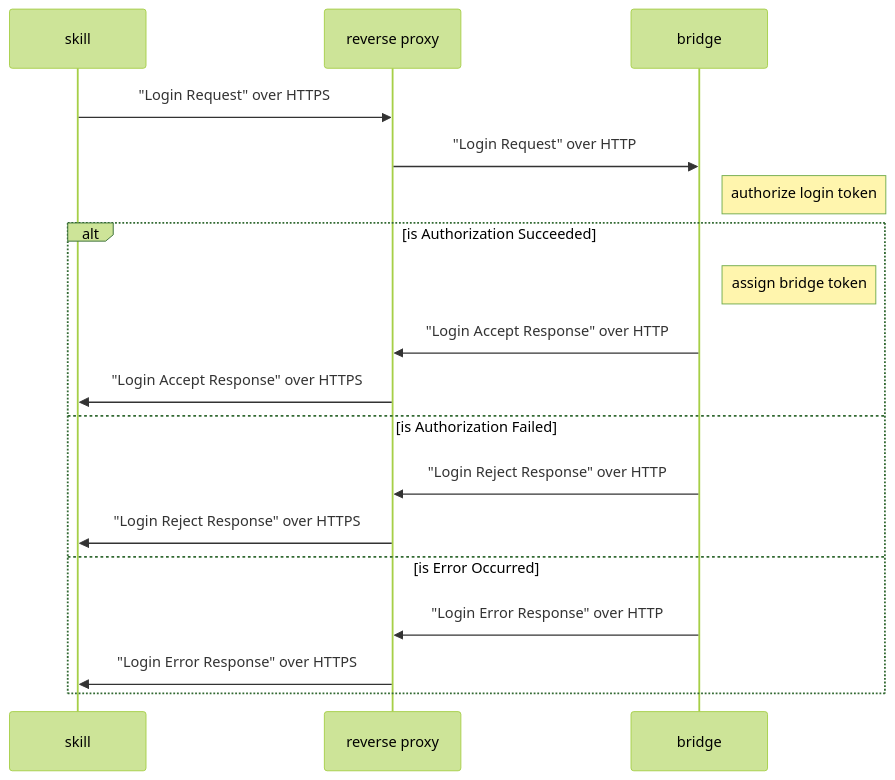
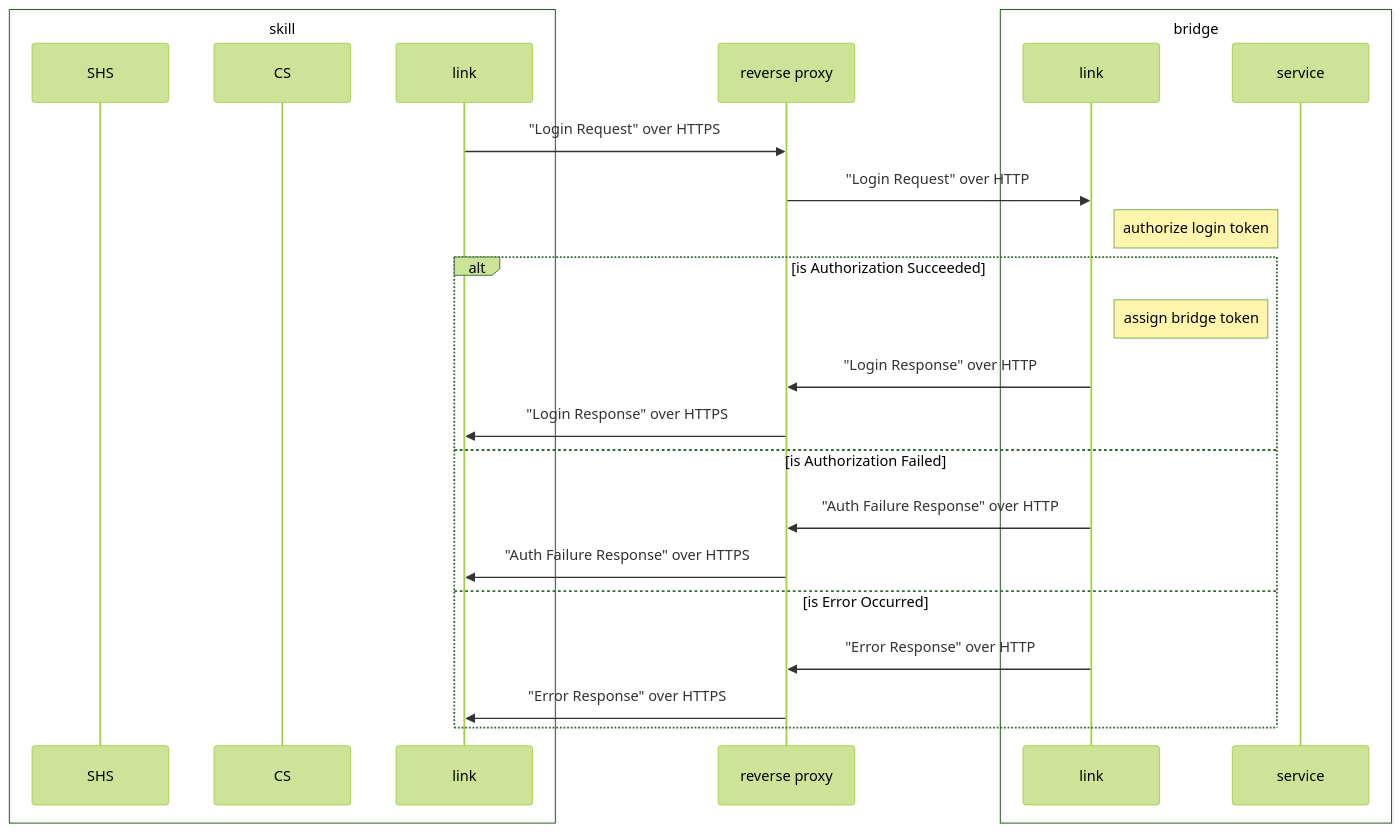
One commit to pebender/alexa-for-lg-webos-tv changed the first of 3 diagrams in docs.in/pages/design/skill-to-bridge-interface.md. Above: the diagram before and after it, drawn with Mermaid (forest theme). The commit also changed other lines of this file and 1 other file, not shown here.

````diff
--- a/docs.in/pages/design/skill-to-bridge-interface.md
+++ b/docs.in/pages/design/skill-to-bridge-interface.md
@@ -104,21 +104,28 @@
 ```mermaid
 sequenceDiagram
-  participant skill as skill
+  box skill
+    participant skill_shs as SHS
+    participant skill_cs as CS
+    participant skill_link as link
+  end
   participant proxy as reverse proxy
-  participant bridge as bridge
+  box bridge
+    participant bridge_link as link
+    participant bridge_service as service
+  end
 
-  skill->>proxy: "Login Request" over HTTPS
-  proxy->>bridge: "Login Request" over HTTP
-  note right of bridge: authorize login token
+  skill_link->>proxy: "Login Request" over HTTPS
+  proxy->>bridge_link: "Login Request" over HTTP
+  note right of bridge_link: authorize login token
   alt is Authorization Succeeded
-    note right of bridge: assign bridge token
-    bridge->>proxy: "Login Accept Response" over HTTP
-    proxy->>skill: "Login Accept Response" over HTTPS
+    note right of bridge_link: assign bridge token
+    bridge_link->>proxy: "Login Response" over HTTP
+    proxy->>skill_link: "Login Response" over HTTPS
   else is Authorization Failed
-    bridge->>proxy: "Login Reject Response" over HTTP
-    proxy->>skill: "Login Reject Response" over HTTPS
+    bridge_link->>proxy: "Auth Failure Response" over HTTP
+    proxy->>skill_link: "Auth Failure Response" over HTTPS
   else is Error Occurred
-    bridge->>proxy: "Login Error Response" over HTTP
-    proxy->>skill: "Login Error Response" over HTTPS
+    bridge_link->>proxy: "Error Response" over HTTP
+    proxy->>skill_link: "Error Response" over HTTPS
   end
 ```
````
